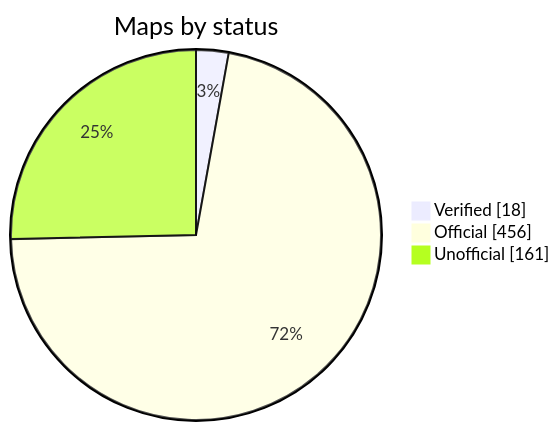
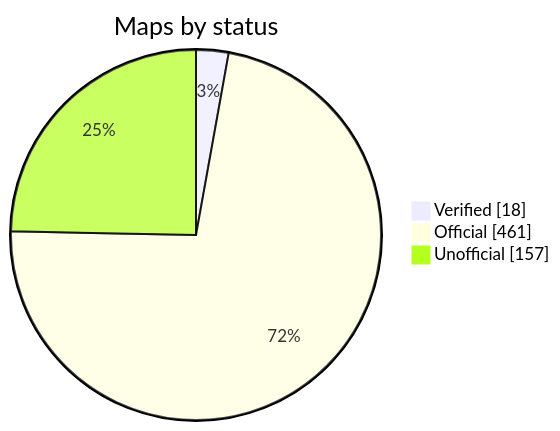
Before and after one commit to nobrega8/mbmap-library: the diagram in README.md, drawn with Mermaid. The commit also changed 10 other files, not shown here.

````diff
--- a/README.md
+++ b/README.md
@@ -52,7 +52,7 @@
 ```mermaid
 pie showData
     title Maps by status
     "Verified" : 18
-    "Official" : 456
-    "Unofficial" : 161
+    "Official" : 461
+    "Unofficial" : 157
 ```
````
